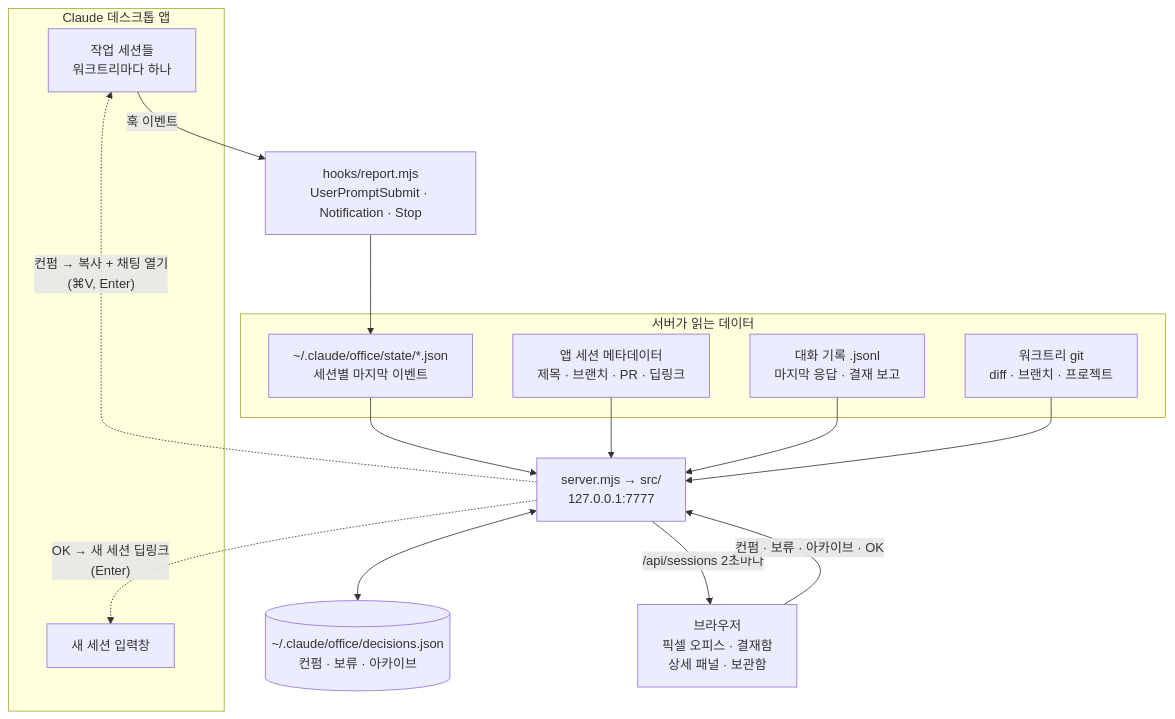
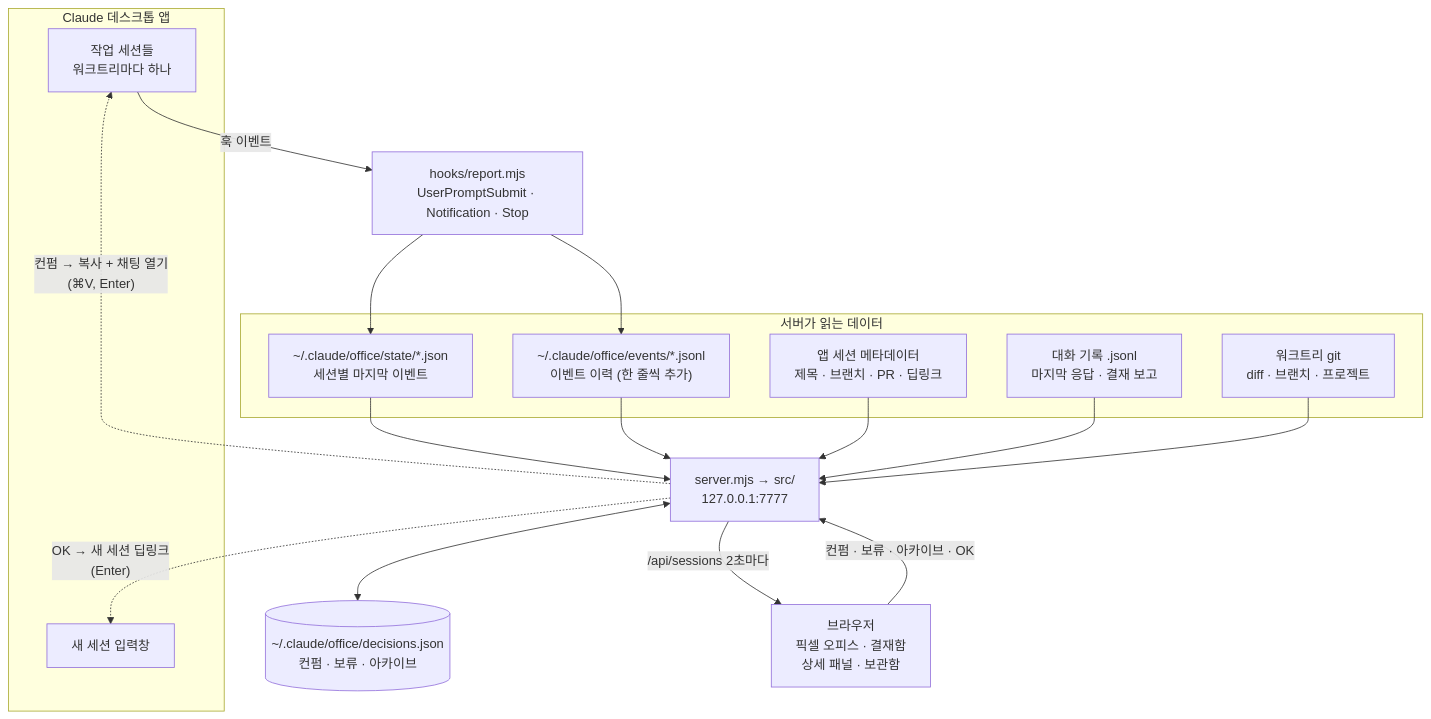
Before and after one commit to claire-lemon/claude-office: the diagram in README.md, drawn with Mermaid. The commit also changed other lines of this file and 2 other files, not shown here.

````diff
--- a/README.md
+++ b/README.md
@@ -22,31 +22,34 @@
 ```mermaid
 flowchart TB
     subgraph APP["Claude 데스크톱 앱"]
         S["작업 세션들<br/>워크트리마다 하나"]
         NEW["새 세션 입력창"]
     end
 
     HOOK["hooks/report.mjs<br/>UserPromptSubmit · Notification · Stop"]
 
     subgraph READ["서버가 읽는 데이터"]
         ST["~/.claude/office/state/*.json<br/>세션별 마지막 이벤트"]
+        EV["~/.claude/office/events/*.jsonl<br/>이벤트 이력 (한 줄씩 추가)"]
         META["앱 세션 메타데이터<br/>제목 · 브랜치 · PR · 딥링크"]
         TR["대화 기록 .jsonl<br/>마지막 응답 · 결재 보고"]
         GIT["워크트리 git<br/>diff · 브랜치 · 프로젝트"]
     end
 
     SRV["server.mjs → src/<br/>127.0.0.1:7777"]
     DEC[("~/.claude/office/decisions.json<br/>컨펌 · 보류 · 아카이브")]
     UI["브라우저<br/>픽셀 오피스 · 결재함<br/>상세 패널 · 보관함"]
 
     S -- "훅 이벤트" --> HOOK --> ST
+    HOOK --> EV
     ST --> SRV
+    EV --> SRV
     META --> SRV
     TR --> SRV
     GIT --> SRV
     SRV <--> DEC
     SRV -- "/api/sessions 2초마다" --> UI
     UI -- "컨펌 · 보류 · 아카이브 · OK" --> SRV
     SRV -. "컨펌 → 복사 + 채팅 열기<br/>(⌘V, Enter)" .-> S
     SRV -. "OK → 새 세션 딥링크<br/>(Enter)" .-> NEW
 ```
````
